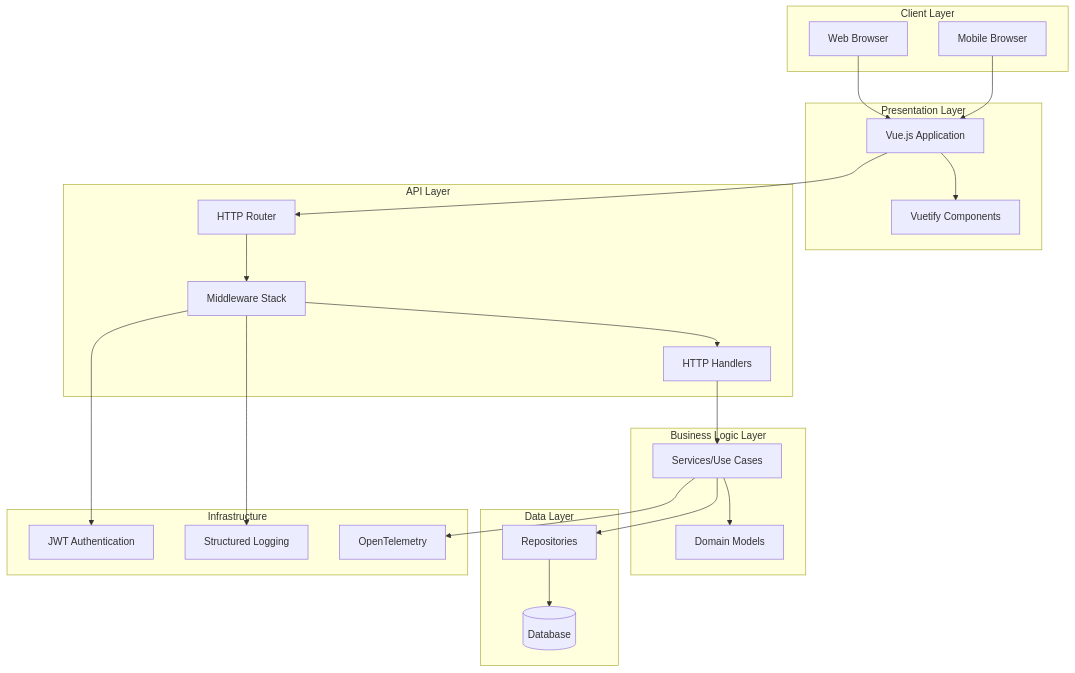
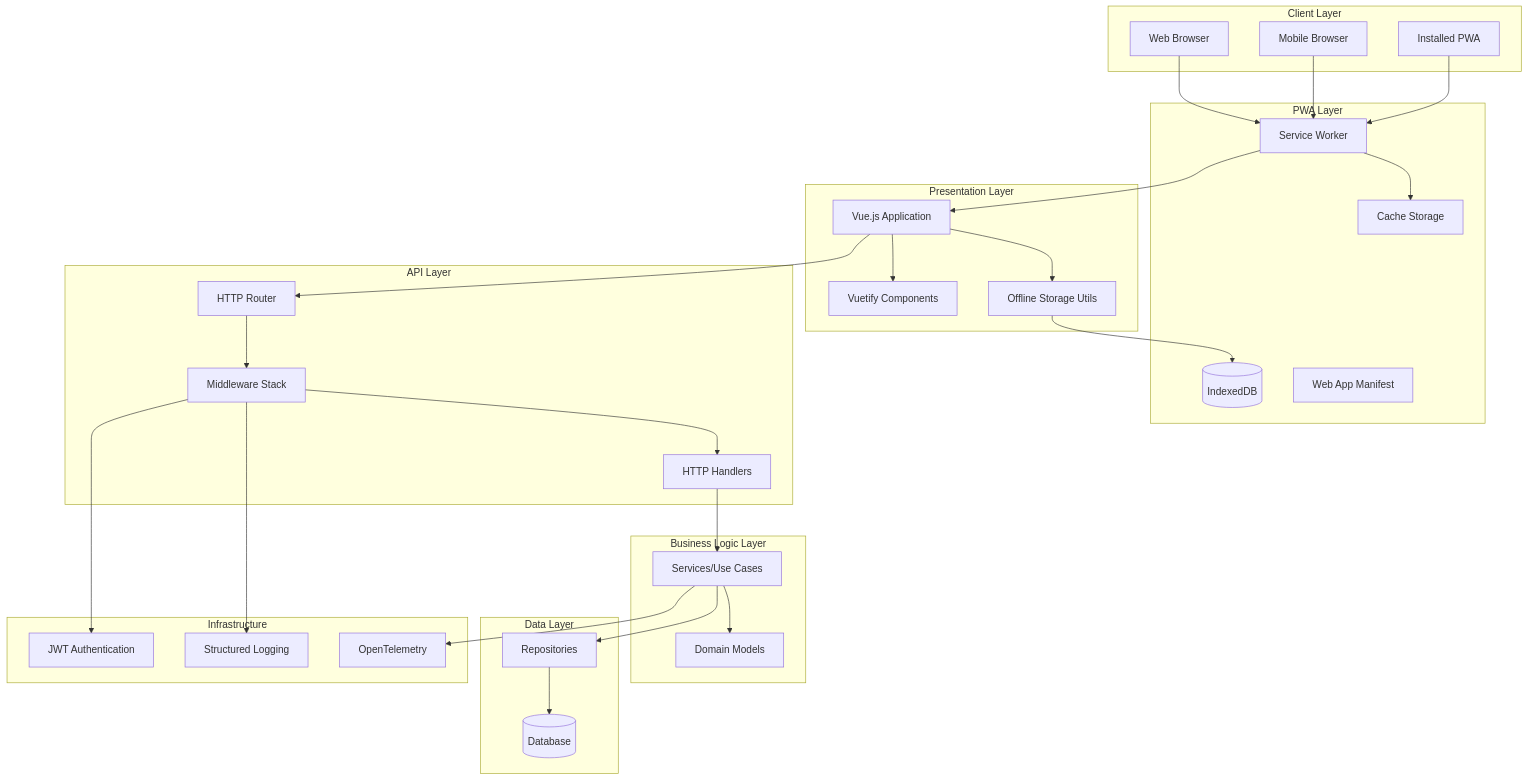
One commit to johnzastrow/actalog changed the first of 6 diagrams in docs/ARCHITECTURE.md. Above: the diagram before and after it, drawn with Mermaid. The commit also changed other lines of this file and 16 other files, not shown here.

First line of the commit message:
Add deployment guide, PWA icons, workout components, offline storage utility

````diff
--- a/docs/ARCHITECTURE.md
+++ b/docs/ARCHITECTURE.md
@@ -19,48 +19,62 @@
 ```mermaid
 graph TB
     subgraph "Client Layer"
         Web[Web Browser]
         Mobile[Mobile Browser]
+        Installed[Installed PWA]
+    end
+
+    subgraph "PWA Layer"
+        SW[Service Worker]
+        IDB[(IndexedDB)]
+        Cache[Cache Storage]
+        Manifest[Web App Manifest]
     end
 
     subgraph "Presentation Layer"
         VueApp[Vue.js Application]
         Vuetify[Vuetify Components]
+        OfflineUtil[Offline Storage Utils]
     end
 
     subgraph "API Layer"
         Router[HTTP Router]
         Middleware[Middleware Stack]
         Handlers[HTTP Handlers]
     end
 
     subgraph "Business Logic Layer"
         Services[Services/Use Cases]
         Domain[Domain Models]
     end
 
     subgraph "Data Layer"
         Repos[Repositories]
         DB[(Database)]
     end
 
     subgraph "Infrastructure"
         Auth[JWT Authentication]
         Logger[Structured Logging]
         Telemetry[OpenTelemetry]
     end
 
-    Web --> VueApp
-    Mobile --> VueApp
+    Web --> SW
+    Mobile --> SW
+    Installed --> SW
+    SW --> VueApp
+    SW --> Cache
     VueApp --> Vuetify
+    VueApp --> OfflineUtil
+    OfflineUtil --> IDB
     VueApp --> Router
     Router --> Middleware
     Middleware --> Handlers
     Handlers --> Services
     Services --> Domain
     Services --> Repos
     Repos --> DB
     Middleware --> Auth
     Middleware --> Logger
     Services --> Telemetry
 ```
````
